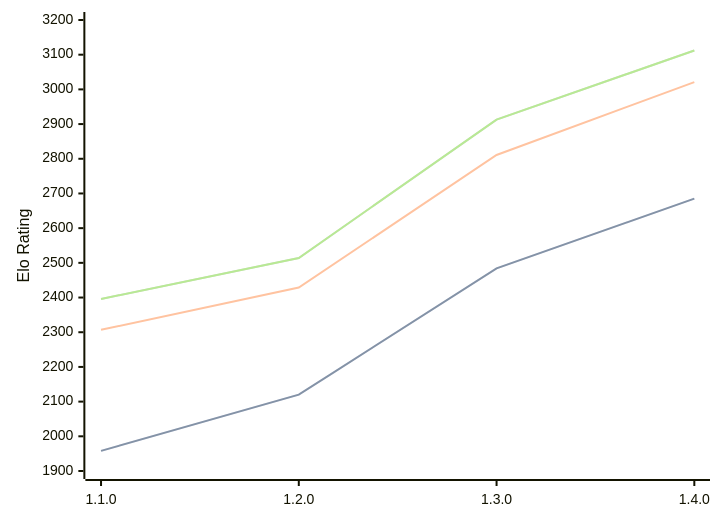
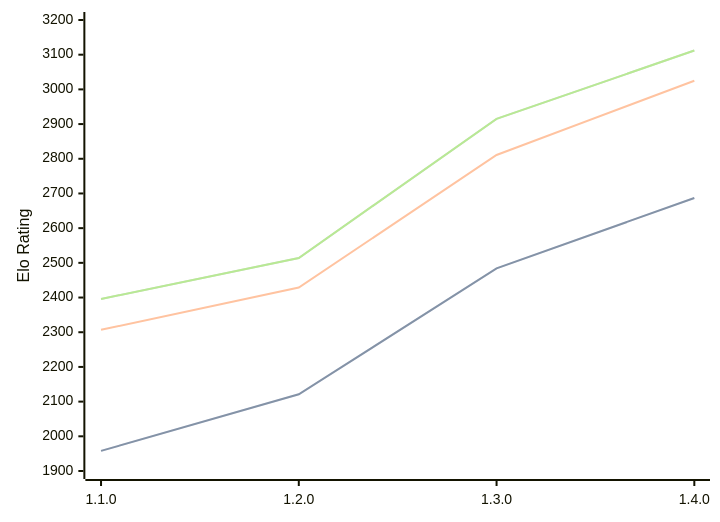
The diagram in engines/Gyatso.md (computer-chess-index/cci), drawn with Mermaid before and after one commit. The commit also changed other lines of this file, not shown here.

Commit message:
Update CCI Ratings (ELO VLTC) - 2026-08-19

````diff
--- a/engines/Gyatso.md
+++ b/engines/Gyatso.md
@@ -36,11 +36,11 @@
 ```mermaid
 %%{init: {"theme":"base","themeVariables":{"seriesColors:['#a3a3a3','#222221','#faa371']}}}%%
 xychart-beta
   x-axis ["1.1.0", "1.2.0", "1.3.0", "1.4.0"]
   y-axis "Elo Rating" 1900 --> 3200
-  line "STC (8.0+0.08s)" [1958, 2120, 2484, 2685]
-  line "STC (8.0+0.08s)" [1958, 2120, 2484, 2685]
-  line "LTC (60.0+0.60s)" [2307, 2429, 2811, 3021]
-  line "VLTC (2m24s+1.12s)" [2396, 2514, 2913, 3112]
-  line "VLTC (2m24s+1.12s)" [2396, 2514, 2913, 3112]
+  line "STC (8.0+0.08s)" [1958, 2121, 2484, 2687]
+  line "STC (8.0+0.08s)" [1958, 2121, 2484, 2687]
+  line "LTC (60.0+0.60s)" [2307, 2429, 2811, 3025]
+  line "VLTC (2m24s+1.12s)" [2396, 2514, 2915, 3112]
+  line "VLTC (2m24s+1.12s)" [2396, 2514, 2915, 3112]
 ```
````
